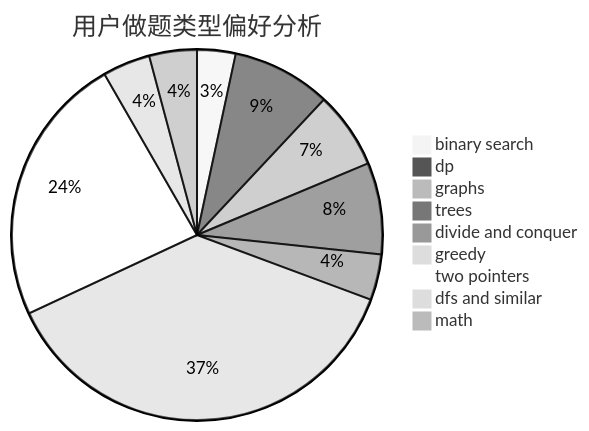
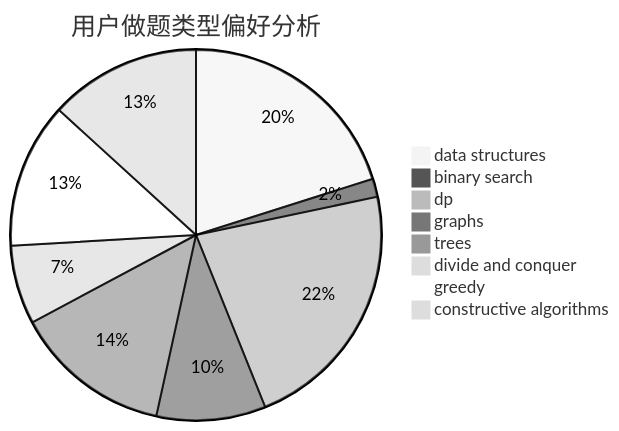
One commit to sherpahu/cfrs.github.io changed the second of 3 diagrams in docs/user/u2762.md. Above: the diagram before and after it, drawn with Mermaid (neutral theme). The commit also changed other lines of this file and 2775 other files, not shown here.

````diff
--- a/docs/user/u2762.md
+++ b/docs/user/u2762.md
@@ -23,12 +23,11 @@
 ```mermaid
 pie title 用户做题类型偏好分析
-    "binary search" :  21
-    "dp" :  54
-    "graphs" :  42
-    "trees" :  50
-    "divide and conquer" :  25
-    "greedy" :  234
-    "two pointers" :  148
-    "dfs and similar" :  26
-    "math" :  26
+    "data structures" :  38
+    "binary search" :  3
+    "dp" :  42
+    "graphs" :  18
+    "trees" :  26
+    "divide and conquer" :  13
+    "greedy" :  24
+    "constructive algorithms" :  25
 ```
````
